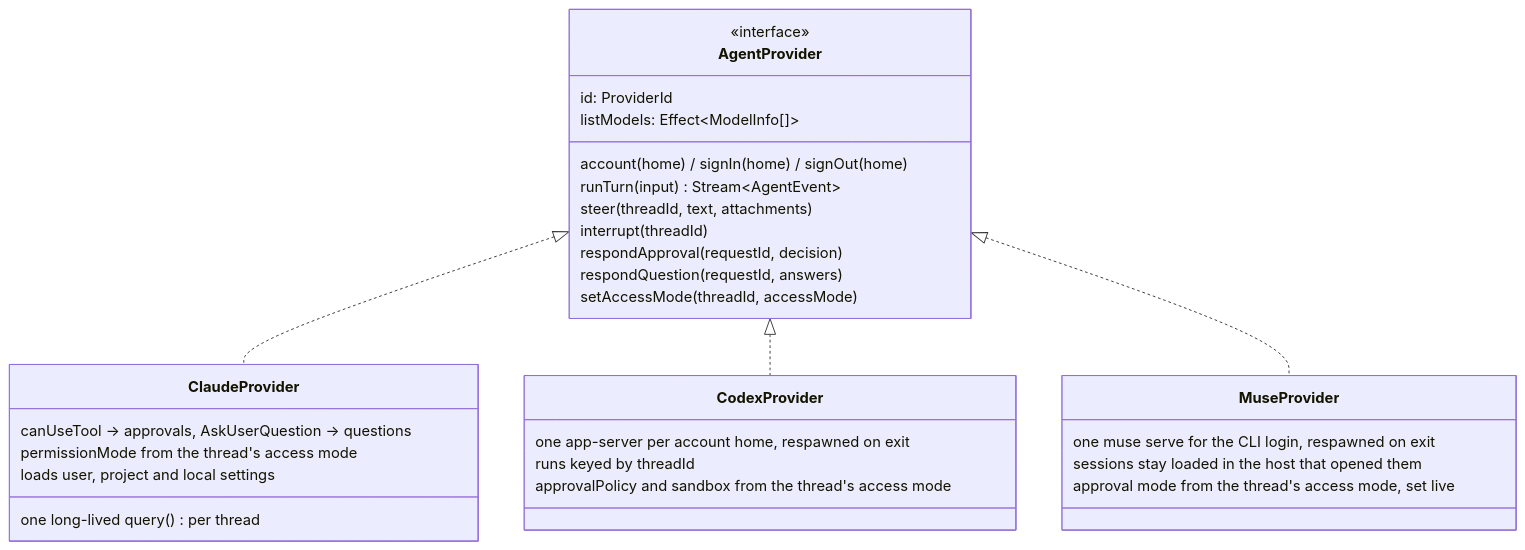
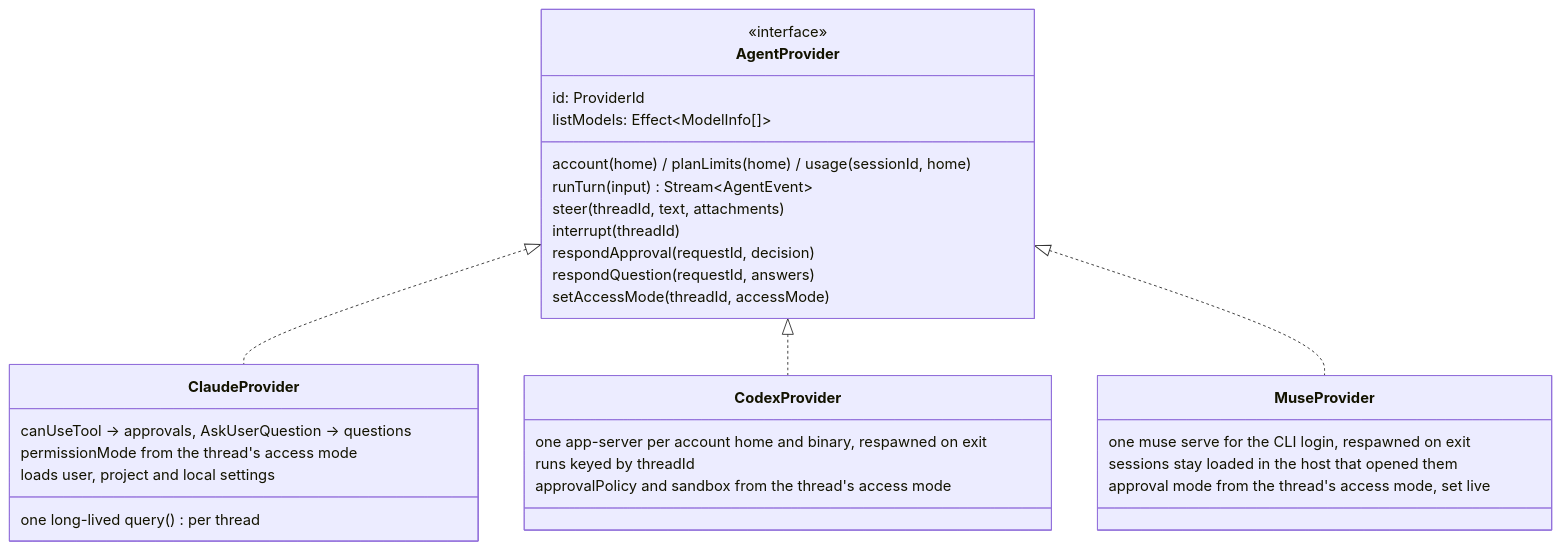
The fourth of 16 diagrams in docs/arch.md (hinadev-ai/hinacode), drawn with Mermaid before and after one commit. The commit also changed other lines of this file and 33 other files, not shown here.

First line of the commit message:
feat(accounts): pick binary and config dir, sign in from a terminal

````diff
--- a/docs/arch.md
+++ b/docs/arch.md
@@ -98,34 +98,34 @@
 ```mermaid
 classDiagram
   class AgentProvider {
     <<interface>>
     id: ProviderId
     listModels: Effect~ModelInfo[]~
-    account(home) / signIn(home) / signOut(home)
+    account(home) / planLimits(home) / usage(sessionId, home)
     runTurn(input) Stream~AgentEvent~
     steer(threadId, text, attachments)
     interrupt(threadId)
     respondApproval(requestId, decision)
     respondQuestion(requestId, answers)
     setAccessMode(threadId, accessMode)
   }
   class ClaudeProvider {
     one long-lived query() per thread
     canUseTool → approvals, AskUserQuestion → questions
     permissionMode from the thread's access mode
     loads user, project and local settings
   }
   class CodexProvider {
-    one app-server per account home, respawned on exit
+    one app-server per account home and binary, respawned on exit
     runs keyed by threadId
     approvalPolicy and sandbox from the thread's access mode
   }
   class MuseProvider {
     one muse serve for the CLI login, respawned on exit
     sessions stay loaded in the host that opened them
     approval mode from the thread's access mode, set live
   }
   AgentProvider <|.. ClaudeProvider
   AgentProvider <|.. CodexProvider
   AgentProvider <|.. MuseProvider
 ```
````
